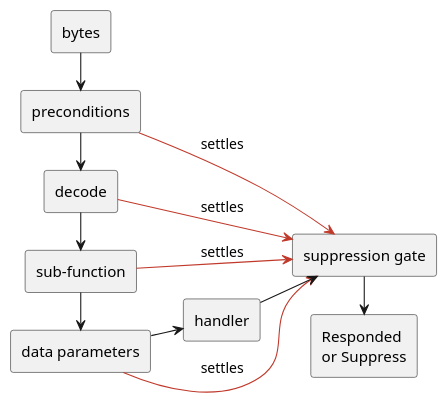
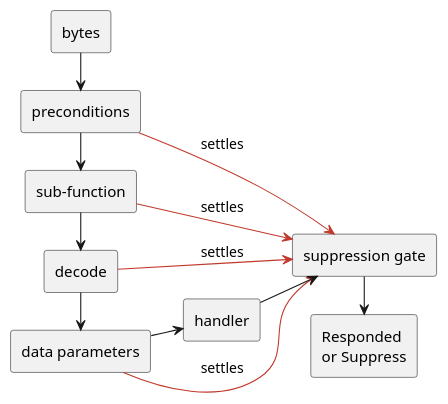
The first of 3 diagrams in docs/architecture/dispatch.rst (luminartech/uds_stack), drawn with PlantUML before and after one commit. The commit also changed other lines of this file and 2 other files, not shown here.

Commit message:
docs: state that step is not cancel-safe (#19) and fix the cascade diagram

```diff
--- a/docs/architecture/dispatch.rst
+++ b/docs/architecture/dispatch.rst
@@ -26,26 +26,26 @@
    .. uml::
       :align: center
 
       @startuml
       left to right direction
       rectangle "bytes" as B
-      rectangle "decode" as D
       rectangle "preconditions" as P
       rectangle "sub-function" as SF
+      rectangle "decode" as D
       rectangle "data parameters" as DP
       rectangle "handler" as H
       rectangle "suppression gate" as G
       rectangle "Responded\nor Suppress" as O
 
       B -> P
-      P -> D
-      D -> SF
-      SF -> DP
+      P -> SF
+      SF -> D
+      D -> DP
       DP -> H
       D -[#C0392B]-> G : settles
       P -[#C0392B]-> G : settles
       SF -[#C0392B]-> G : settles
       DP -[#C0392B]-> G : settles
       H -> G
       G -> O
       @enduml
```
